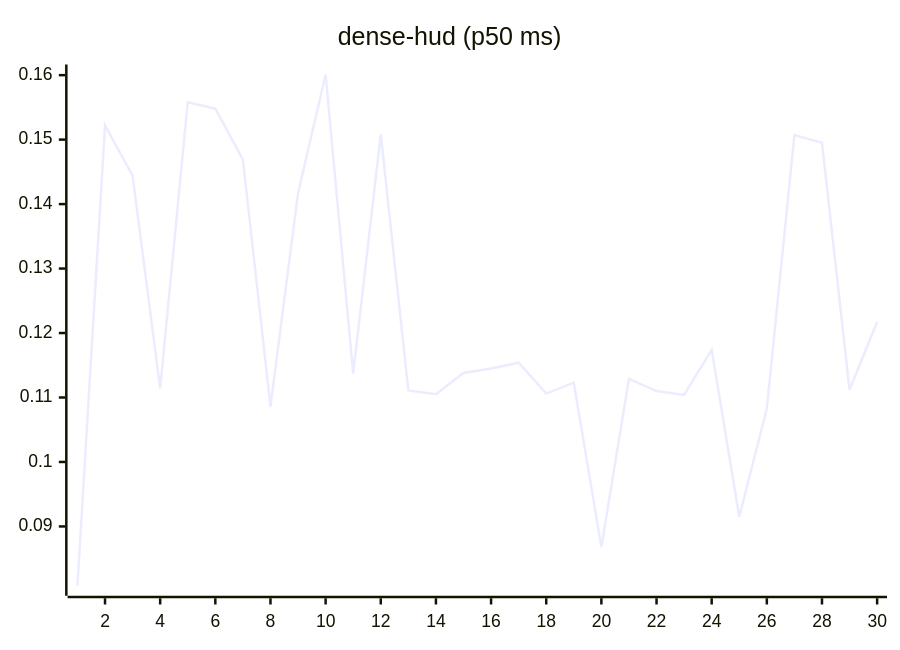
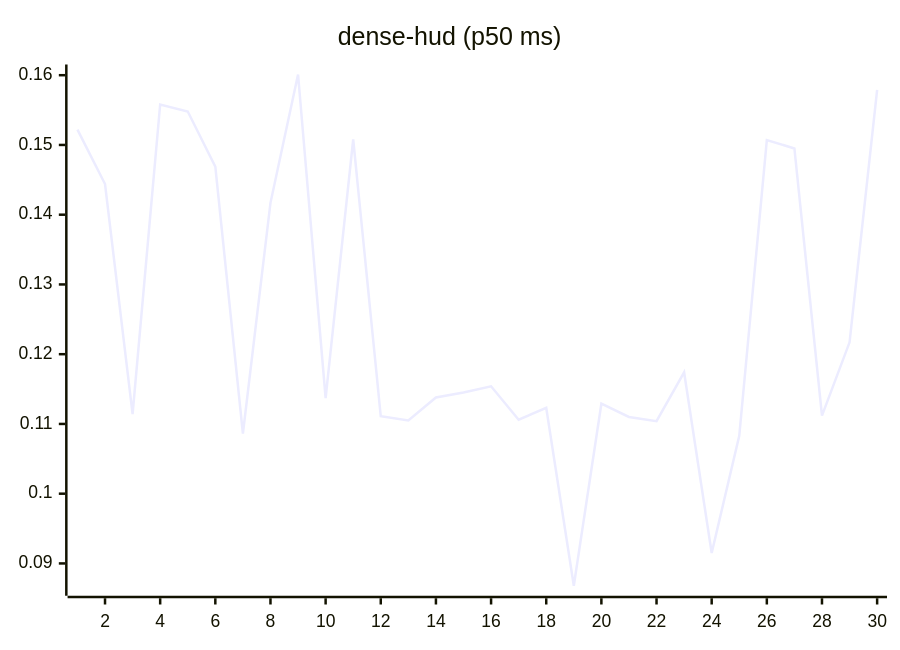
The eighth of 27 diagrams in README.md (josha/Facet), drawn with Mermaid before and after one commit. The commit also changed other lines of this file and 2 other files, not shown here.

````diff
--- a/README.md
+++ b/README.md
@@ -112,6 +112,6 @@
 ```mermaid
 xychart-beta
     title "dense-hud (p50 ms)"
     x-axis 1 --> 30
-    line [0.0808, 0.1522, 0.1444, 0.1114, 0.1558, 0.1548, 0.1469, 0.1086, 0.1417, 0.1601, 0.1137, 0.1508, 0.1111, 0.1105, 0.1138, 0.1145, 0.1154, 0.1106, 0.1123, 0.0868, 0.1129, 0.1110, 0.1104, 0.1174, 0.0915, 0.1083, 0.1507, 0.1495, 0.1112, 0.1217]
+    line [0.1522, 0.1444, 0.1114, 0.1558, 0.1548, 0.1469, 0.1086, 0.1417, 0.1601, 0.1137, 0.1508, 0.1111, 0.1105, 0.1138, 0.1145, 0.1154, 0.1106, 0.1123, 0.0868, 0.1129, 0.1110, 0.1104, 0.1174, 0.0915, 0.1083, 0.1507, 0.1495, 0.1112, 0.1217, 0.1579]
 ```
````
